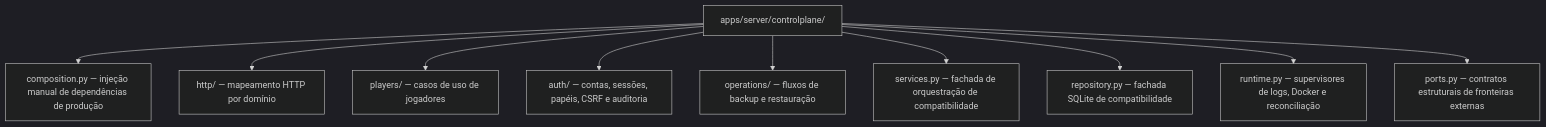
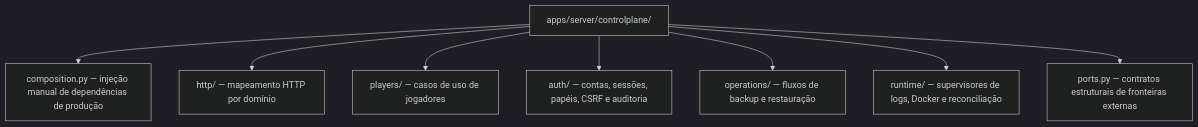
Before and after one commit to dgaramos/craftcontrol: the fourth of 5 diagrams in README.pt-BR.md, drawn with Mermaid (dark theme). The commit also changed other lines of this file and 3 other files, not shown here.

````diff
--- a/README.pt-BR.md
+++ b/README.pt-BR.md
@@ -132,12 +125,10 @@
 ```mermaid
 flowchart TD
     manager["apps/server/controlplane/"] --> composition["composition.py — injeção manual de dependências de produção"]
     manager --> http["http/ — mapeamento HTTP por domínio"]
     manager --> players["players/ — casos de uso de jogadores"]
     manager --> auth["auth/ — contas, sessões, papéis, CSRF e auditoria"]
     manager --> operations["operations/ — fluxos de backup e restauração"]
-    manager --> services["services.py — fachada de orquestração de compatibilidade"]
-    manager --> repository["repository.py — fachada SQLite de compatibilidade"]
-    manager --> runtime["runtime.py — supervisores de logs, Docker e reconciliação"]
+    manager --> runtime["runtime/ — supervisores de logs, Docker e reconciliação"]
     manager --> ports["ports.py — contratos estruturais de fronteiras externas"]
 ```
````
